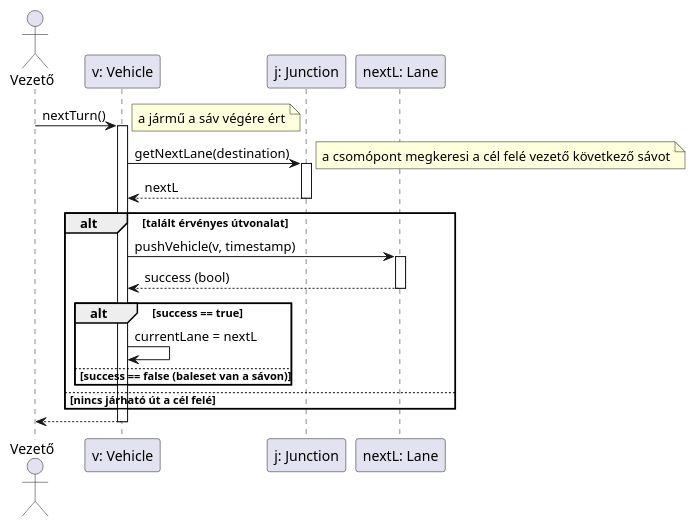
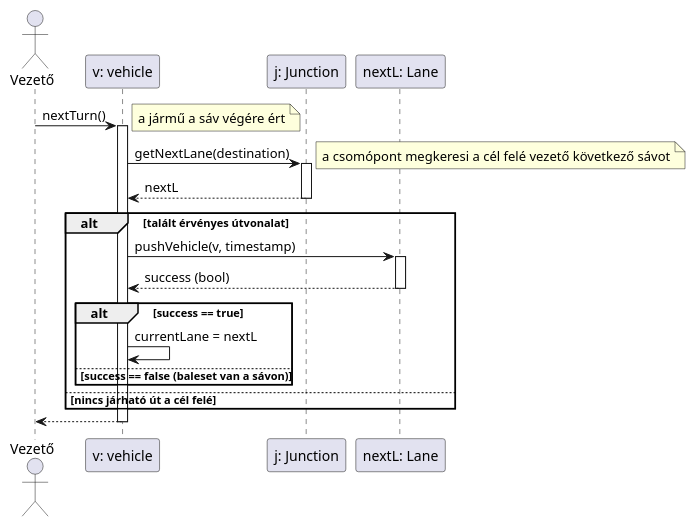
Before and after one commit to toth-andor/UneNotteANapoli: the diagram in docs/04/diagrams/sequence/08.puml, drawn with PlantUML. The commit also changed 173 other files, not shown here.

```diff
--- a/docs/04/diagrams/sequence/08.puml
+++ b/docs/04/diagrams/sequence/08.puml
@@ -3,36 +3,36 @@
 @startuml
 actor "Vezető" as T
-participant "v: Vehicle" as V
+participant "v: vehicle" as V
 participant "j: Junction" as J
 participant "nextL: Lane" as L
 
 T -> V : nextTurn()
 activate V
     
     note right: a jármű a sáv végére ért
     
     V -> J : getNextLane(destination)
     activate J
         note right: a csomópont megkeresi a cél felé vezető következő sávot
         J --> V : nextL
     deactivate J
     
     alt talált érvényes útvonalat
         V -> L : pushVehicle(v, timestamp)
         activate L
             L --> V : success (bool)
         deactivate L
         
         alt success == true
             V -> V : currentLane = nextL
         else success == false (baleset van a sávon)
             note right: A sáv lezárva baleset miatt
         end
         
     else nincs járható út a cél felé
         note right: Újratervezés vagy várakozás
     end
 
     V --> T
 deactivate V
 @enduml
```
